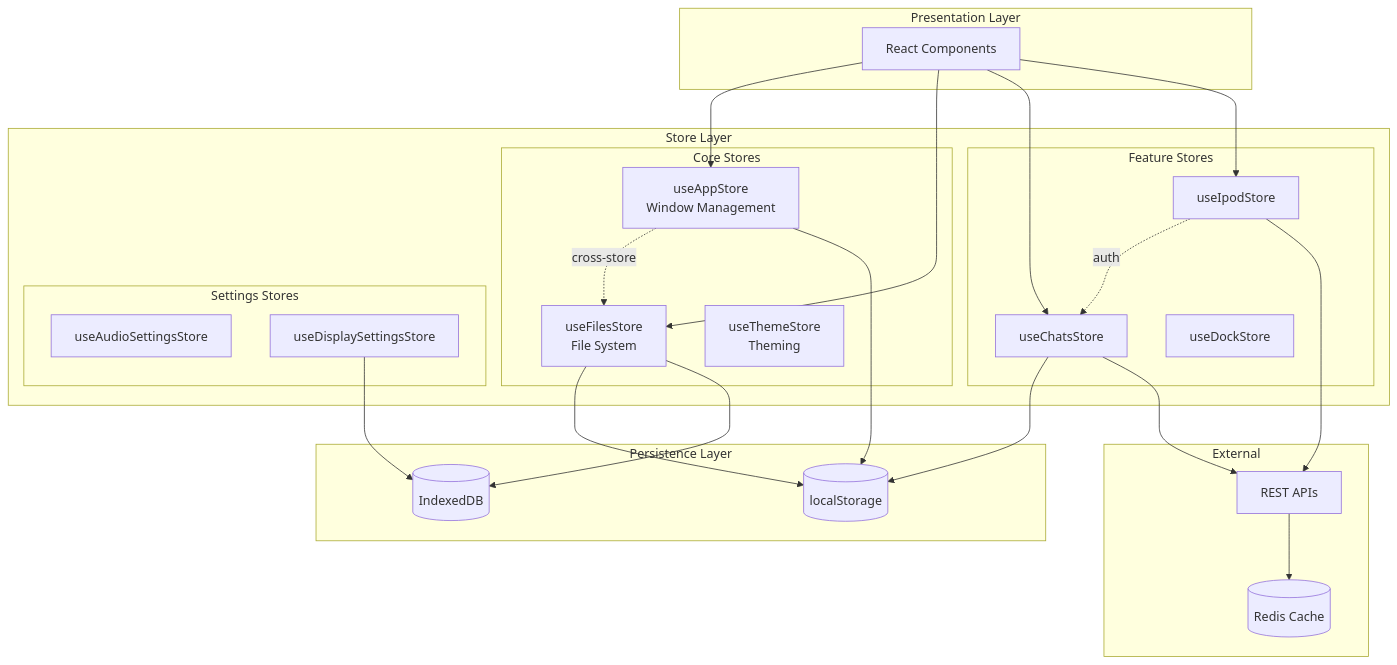
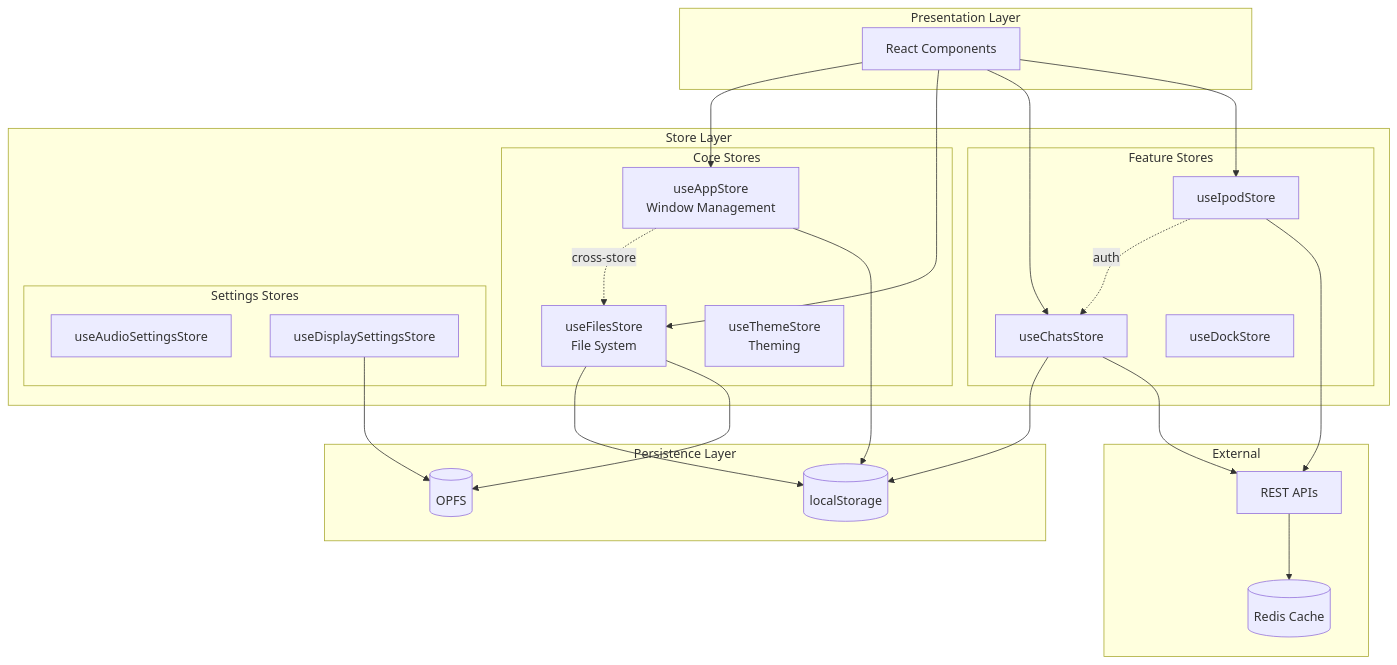
One commit to ryokun6/ryos changed the first of 6 diagrams in docs/3.2-state-management.md. Above: the diagram before and after it, drawn with Mermaid. The commit also changed other lines of this file and 18 other files, not shown here.

````diff
--- a/docs/3.2-state-management.md
+++ b/docs/3.2-state-management.md
@@ -7,53 +7,53 @@
 ```mermaid
 flowchart TB
     subgraph "Presentation Layer"
         COMP[React Components]
     end
     
     subgraph "Store Layer"
         subgraph "Core Stores"
             APP[useAppStore<br/>Window Management]
             FILES[useFilesStore<br/>File System]
             THEME[useThemeStore<br/>Theming]
         end
         
         subgraph "Feature Stores"
             CHAT[useChatsStore]
             IPOD[useIpodStore]
             DOCK[useDockStore]
         end
         
         subgraph "Settings Stores"
             AUDIO[useAudioSettingsStore]
             DISPLAY[useDisplaySettingsStore]
         end
     end
     
     subgraph "Persistence Layer"
         LS[(localStorage)]
-        IDB[(IndexedDB)]
+        OPFS[(OPFS)]
     end
     
     subgraph "External"
         API[REST APIs]
         REDIS[(Redis Cache)]
     end
     
     COMP --> APP
     COMP --> FILES
     COMP --> CHAT
     COMP --> IPOD
     
     APP -.->|cross-store| FILES
     IPOD -.->|auth| CHAT
     
     APP --> LS
     FILES --> LS
-    FILES --> IDB
+    FILES --> OPFS
     CHAT --> LS
-    DISPLAY --> IDB
+    DISPLAY --> OPFS
     
     IPOD --> API
     CHAT --> API
     API --> REDIS
 ```
````
